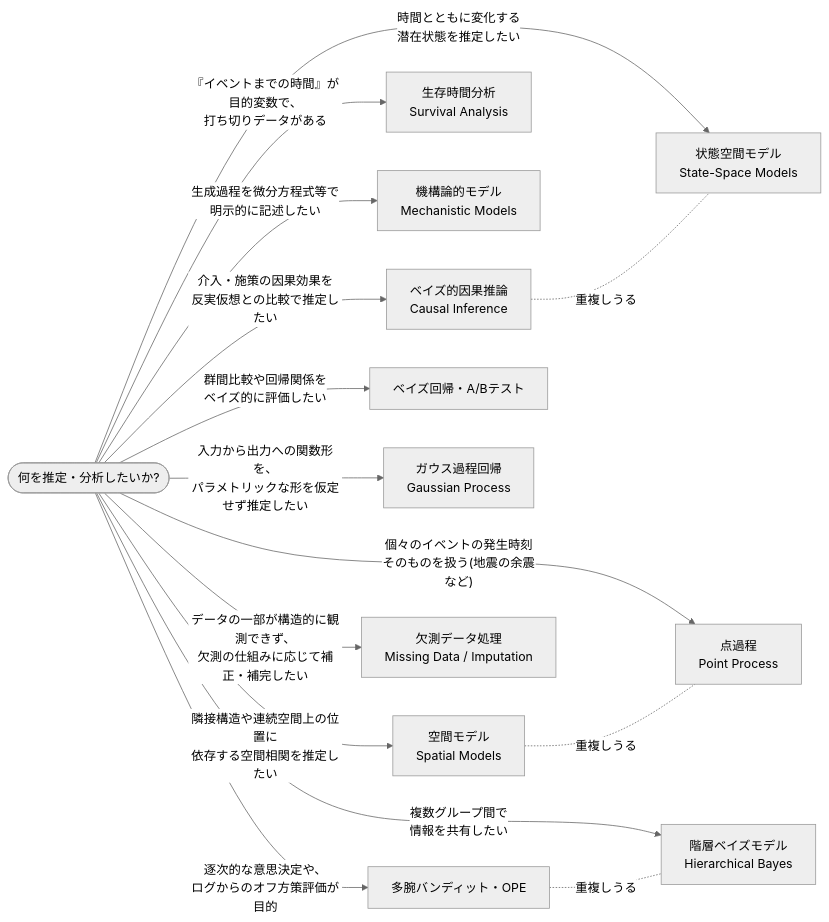
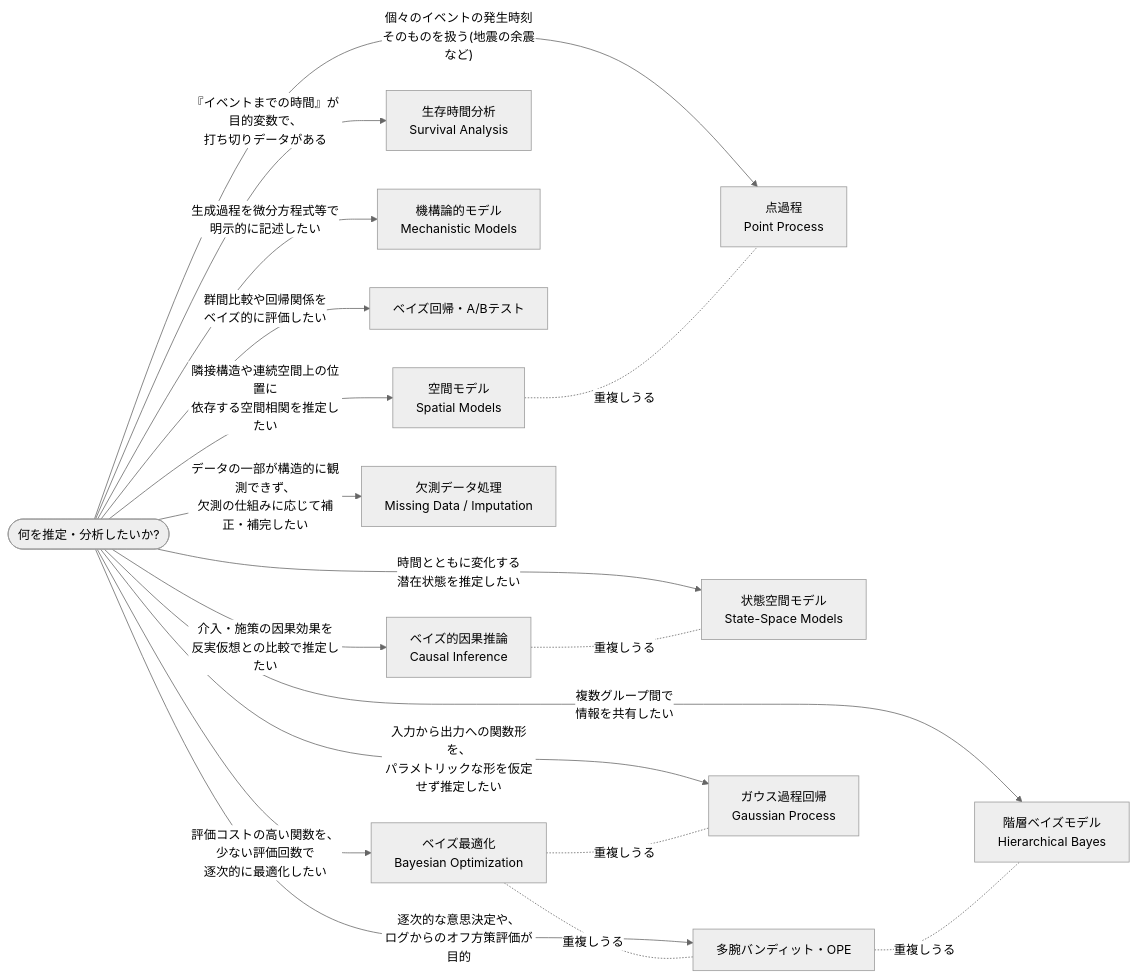
The diagram in analysis-types.md (karahashimanato/bayesian-analysis-index), drawn with Mermaid (neutral theme) before and after one commit. The commit also changed other lines of this file and 9 other files, not shown here.

First line of the commit message:
Add bayesian-optimization project across index (Bayesian optimization category)

````diff
--- a/analysis-types.md
+++ b/analysis-types.md
@@ -9,20 +9,23 @@
 ```mermaid
 flowchart LR
     Start(["何を推定・分析したいか?"])
 
     Start -->|"介入・施策の因果効果を<br/>反実仮想との比較で推定したい"| CI["ベイズ的因果推論<br/>Causal Inference"]
     Start -->|"個々のイベントの発生時刻<br/>そのものを扱う(地震の余震など)"| PP["点過程<br/>Point Process"]
     Start -->|"『イベントまでの時間』が目的変数で、<br/>打ち切りデータがある"| SA["生存時間分析<br/>Survival Analysis"]
     Start -->|"生成過程を微分方程式等で<br/>明示的に記述したい"| MM["機構論的モデル<br/>Mechanistic Models"]
     Start -->|"時間とともに変化する<br/>潜在状態を推定したい"| SSM["状態空間モデル<br/>State-Space Models"]
     Start -->|"逐次的な意思決定や、<br/>ログからのオフ方策評価が目的"| MAB["多腕バンディット・OPE"]
     Start -->|"複数グループ間で<br/>情報を共有したい"| HB["階層ベイズモデル<br/>Hierarchical Bayes"]
     Start -->|"群間比較や回帰関係を<br/>ベイズ的に評価したい"| RB["ベイズ回帰・A/Bテスト"]
     Start -->|"入力から出力への関数形を、<br/>パラメトリックな形を仮定せず推定したい"| GP["ガウス過程回帰<br/>Gaussian Process"]
     Start -->|"隣接構造や連続空間上の位置に<br/>依存する空間相関を推定したい"| SP["空間モデル<br/>Spatial Models"]
     Start -->|"データの一部が構造的に観測できず、<br/>欠測の仕組みに応じて補正・補完したい"| MD["欠測データ処理<br/>Missing Data / Imputation"]
+    Start -->|"評価コストの高い関数を、少ない評価回数で<br/>逐次的に最適化したい"| BO["ベイズ最適化<br/>Bayesian Optimization"]
 
     CI -.重複しうる.- SSM
     MAB -.重複しうる.- HB
     SP -.重複しうる.- PP
+    BO -.重複しうる.- GP
+    BO -.重複しうる.- MAB
 ```
````
